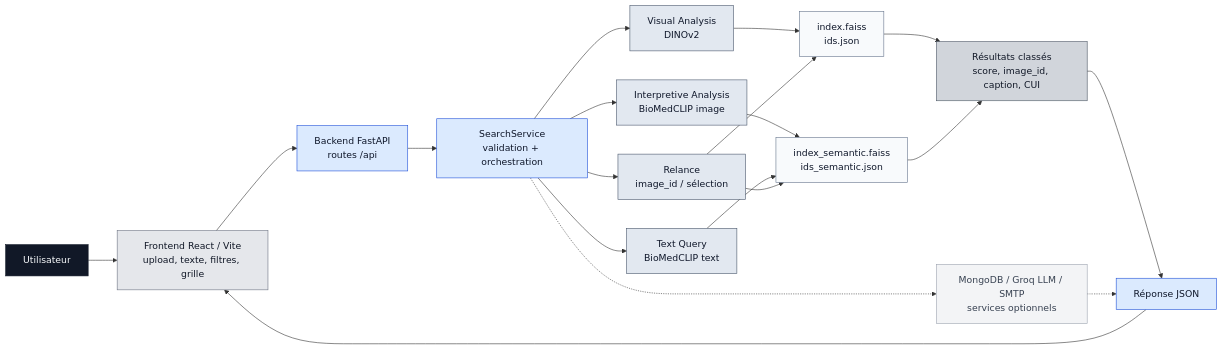
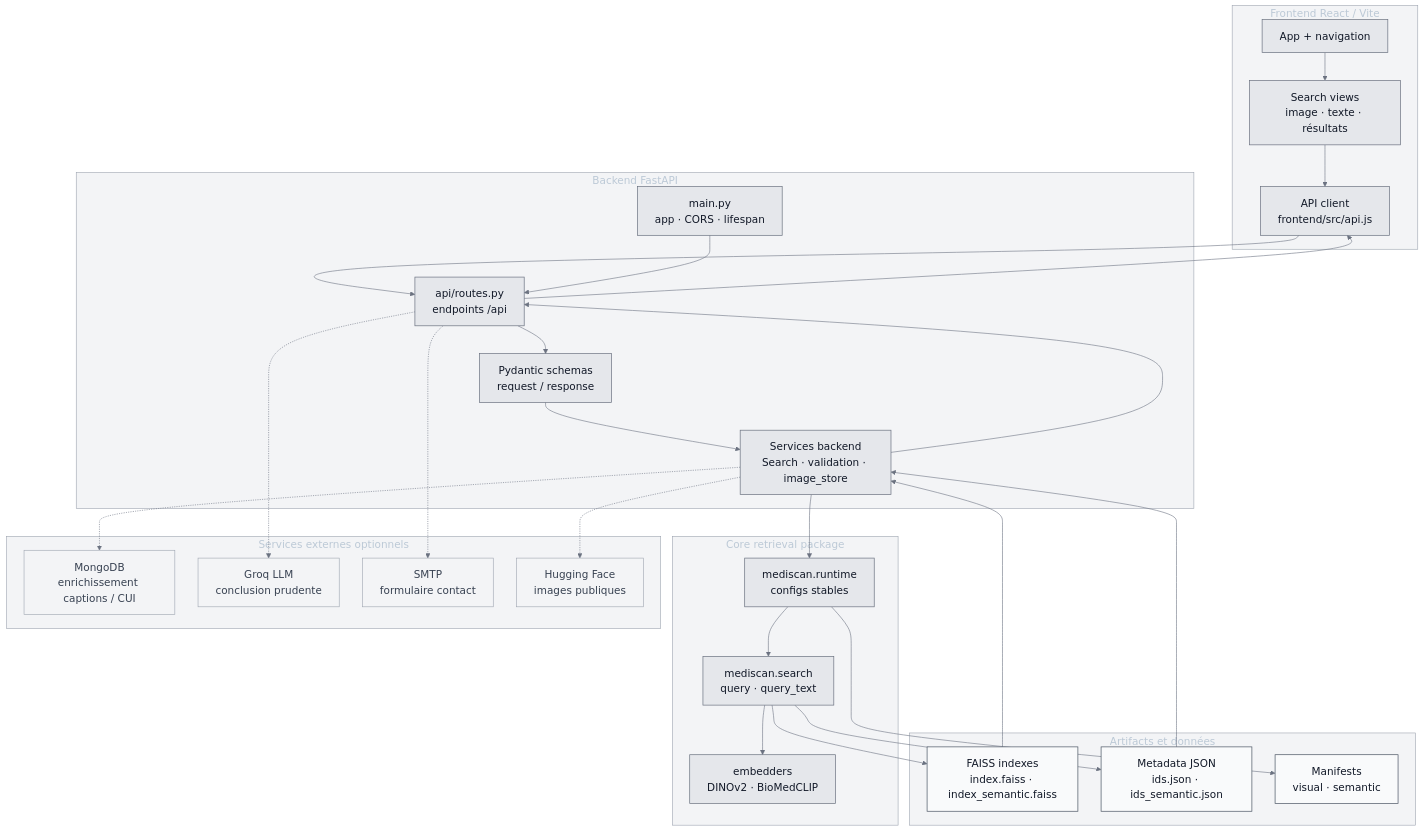
The diagram in README.md (RayaneWebDev/Mediscan-AI), drawn with Mermaid before and after one commit. The commit also changed other lines of this file, not shown here.

Commit message:
docs: refine software architecture diagram

````diff
--- a/README.md
+++ b/README.md
@@ -276,33 +276,56 @@
 ```mermaid
-flowchart LR
-  U["Utilisateur"]:::dark --> FE["Frontend React / Vite<br/>upload, texte, filtres, grille"]:::ui
-  FE --> API["Backend FastAPI<br/>routes /api"]:::api
-  API --> SVC["SearchService<br/>validation + orchestration"]:::api
+%%{init: {"theme": "base", "flowchart": {"htmlLabels": true, "nodeSpacing": 40, "rankSpacing": 48}, "themeVariables": {"fontFamily": "Inter, Arial, sans-serif", "fontSize": "18px", "primaryColor": "#1f2933", "primaryTextColor": "#f8fafc", "primaryBorderColor": "#9ca3af", "lineColor": "#6b7280", "clusterBkg": "#f3f4f6", "clusterBorder": "#9ca3af"}}}%%
+flowchart TB
+  subgraph FRONT["Frontend React / Vite"]
+    APPUI["App + navigation"]:::node
+    SEARCHUI["Search views<br/>image · texte · résultats"]:::node
+    CLIENT["API client<br/>frontend/src/api.js"]:::node
+  end
 
-  SVC --> VIS["Visual Analysis<br/>DINOv2"]:::model
-  SVC --> SEM["Interpretive Analysis<br/>BioMedCLIP image"]:::model
-  SVC --> TXT["Text Query<br/>BioMedCLIP text"]:::model
-  SVC --> REL["Relance<br/>image_id / sélection"]:::model
+  subgraph BACK["Backend FastAPI"]
+    MAIN["main.py<br/>app · CORS · lifespan"]:::node
+    ROUTES["api/routes.py<br/>endpoints /api"]:::node
+    SCHEMA["Pydantic schemas<br/>request / response"]:::node
+    SERVICES["Services backend<br/>Search · validation · image_store"]:::node
+  end
 
-  VIS --> IV["index.faiss<br/>ids.json"]:::store
-  SEM --> IS["index_semantic.faiss<br/>ids_semantic.json"]:::store
-  TXT --> IS
-  REL --> IV
-  REL --> IS
+  subgraph CORE["Core retrieval package"]
+    RUNTIME["mediscan.runtime<br/>configs stables"]:::node
+    SEARCH["mediscan.search<br/>query · query_text"]:::node
+    EMBED["embedders<br/>DINOv2 · BioMedCLIP"]:::node
+  end
 
-  IV --> RES["Résultats classés<br/>score, image_id, caption, CUI"]:::result
-  IS --> RES
-  RES --> JSON["Réponse JSON"]:::api
-  JSON --> FE
+  subgraph ART["Artifacts et données"]
+    INDEX["FAISS indexes<br/>index.faiss · index_semantic.faiss"]:::store
+    IDS["Metadata JSON<br/>ids.json · ids_semantic.json"]:::store
+    MANIFEST["Manifests<br/>visual · semantic"]:::store
+  end
 
-  SVC -.-> OPT["MongoDB / Groq LLM / SMTP<br/>services optionnels"]:::optional
-  OPT -.-> JSON
+  subgraph EXT["Services externes optionnels"]
+    MONGO["MongoDB<br/>enrichissement captions / CUI"]:::optional
+    GROQ["Groq LLM<br/>conclusion prudente"]:::optional
+    SMTP["SMTP<br/>formulaire contact"]:::optional
+    HF["Hugging Face<br/>images publiques"]:::optional
+  end
 
-  classDef dark fill:#111827,color:#f8fafc,stroke:#111827,stroke-width:1px;
-  classDef ui fill:#e5e7eb,color:#111827,stroke:#6b7280,stroke-width:1px;
-  classDef api fill:#dbeafe,color:#0f172a,stroke:#1d4ed8,stroke-width:1px;
-  classDef model fill:#e2e8f0,color:#0f172a,stroke:#475569,stroke-width:1px;
-  classDef store fill:#f8fafc,color:#0f172a,stroke:#64748b,stroke-width:1px;
-  classDef result fill:#d1d5db,color:#111827,stroke:#4b5563,stroke-width:1px;
+  APPUI --> SEARCHUI --> CLIENT --> ROUTES
+  MAIN --> ROUTES
+  ROUTES --> SCHEMA --> SERVICES
+  SERVICES --> RUNTIME --> SEARCH --> EMBED
+  SEARCH --> INDEX
+  SEARCH --> IDS
+  RUNTIME --> MANIFEST
+  SERVICES -.-> MONGO
+  ROUTES -.-> GROQ
+  ROUTES -.-> SMTP
+  SERVICES -.-> HF
+  INDEX --> SERVICES
+  IDS --> SERVICES
+  SERVICES --> ROUTES --> CLIENT
+
+  classDef dark fill:#1f2933,color:#f8fafc,stroke:#111827,stroke-width:1.2px;
+  classDef node fill:#e5e7eb,color:#111827,stroke:#6b7280,stroke-width:1.2px;
+  classDef store fill:#f9fafb,color:#111827,stroke:#4b5563,stroke-width:1.2px;
+  classDef result fill:#d1d5db,color:#111827,stroke:#374151,stroke-width:1.2px;
   classDef optional fill:#f3f4f6,color:#374151,stroke:#9ca3af,stroke-width:1px;
 ```
````
